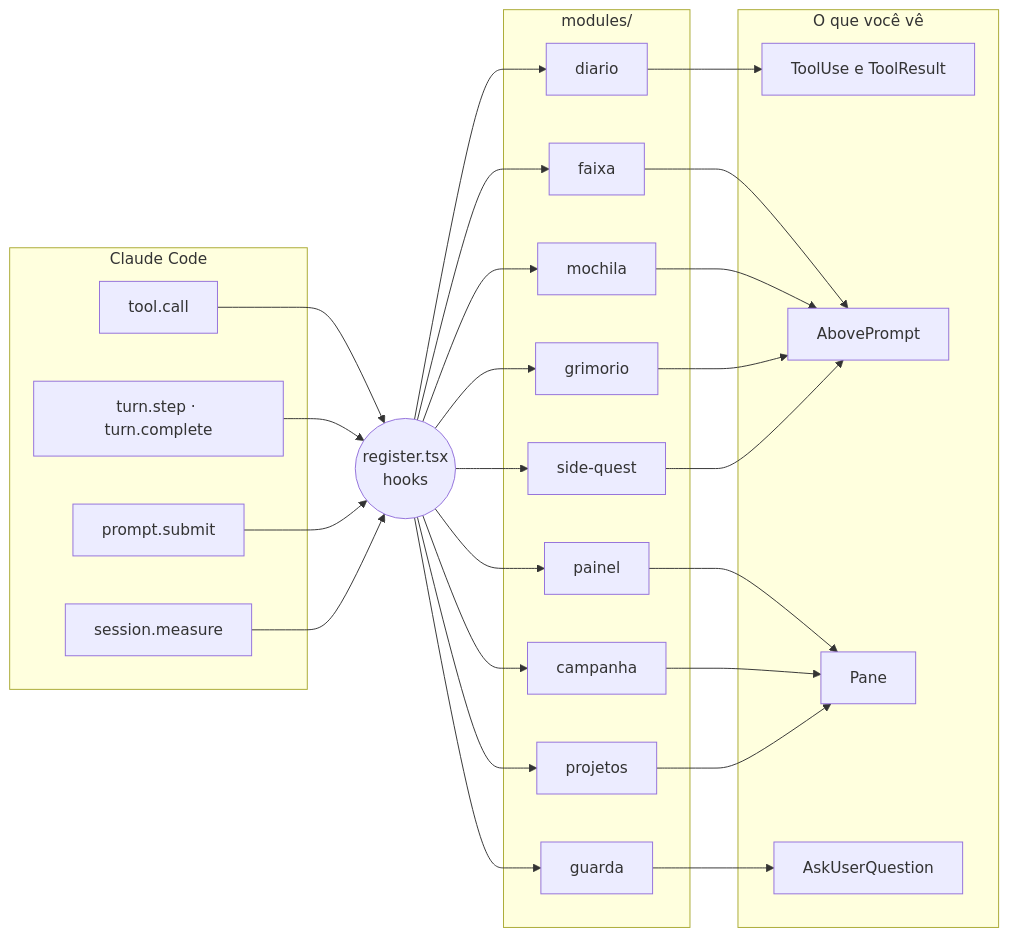
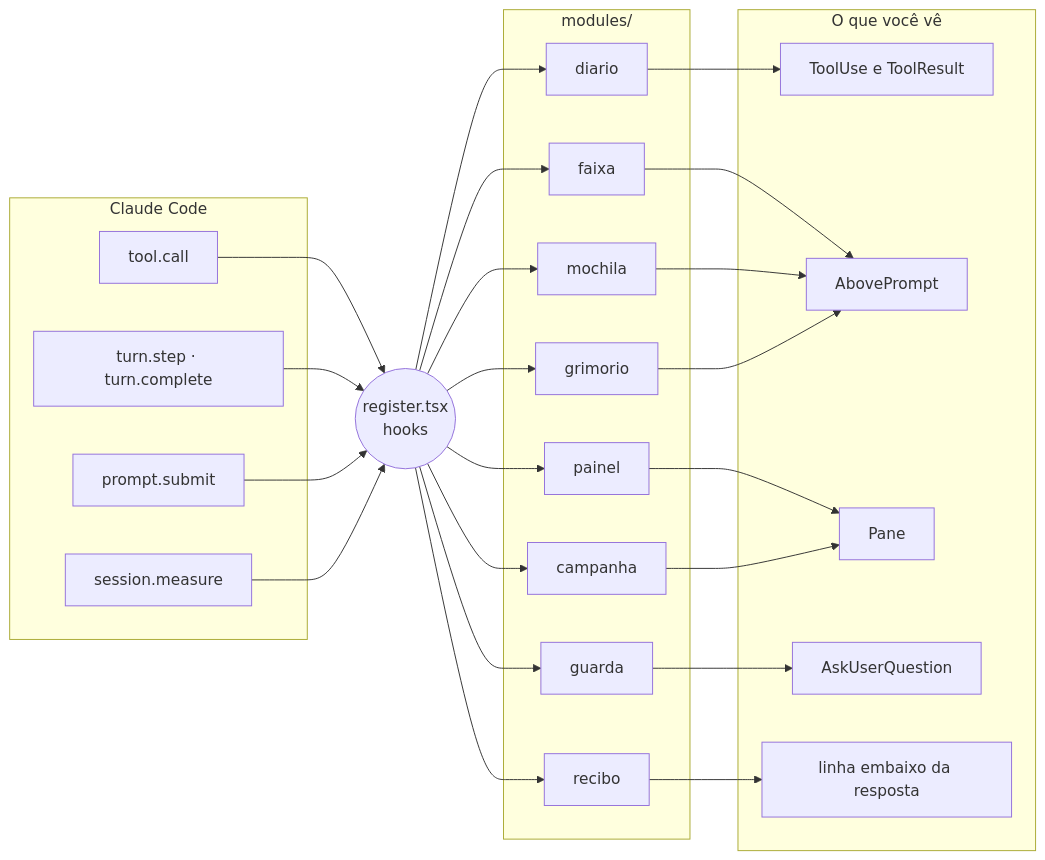
One commit to soulrocha/Claude-code-hero-journey changed the diagram in README.md. Above: the diagram before and after it, drawn with Mermaid. The commit also changed other lines of this file and 37 other files, not shown here.

````diff
--- a/README.md
+++ b/README.md
@@ -223,49 +223,47 @@
 ```mermaid
 flowchart LR
   subgraph Motor["Claude Code"]
     E1["tool.call"]
     E2["turn.step · turn.complete"]
     E3["prompt.submit"]
     E4["session.measure"]
   end
   R(("register.tsx<br/>hooks"))
   subgraph Modulos["modules/"]
     D["diario"]
     F["faixa"]
     P["painel"]
     C["campanha"]
     G["guarda"]
-    PR["projetos"]
     M["mochila"]
     GR["grimorio"]
-    SQ["side-quest"]
+    RB["recibo"]
   end
   subgraph Telas["O que você vê"]
     T1["ToolUse e ToolResult"]
     T2["AbovePrompt"]
     T3["Pane"]
     T4["AskUserQuestion"]
+    T5["linha embaixo da resposta"]
   end
   E1 --> R
   E2 --> R
   E3 --> R
   E4 --> R
   R --> D
   R --> F
   R --> P
   R --> C
   R --> G
-  R --> PR
   R --> M
   R --> GR
-  R --> SQ
+  R --> RB
   D --> T1
   F --> T2
   M --> T2
   GR --> T2
-  SQ --> T2
   P --> T3
   C --> T3
-  PR --> T3
+  RB --> T5
   G --> T4
 ```
````
